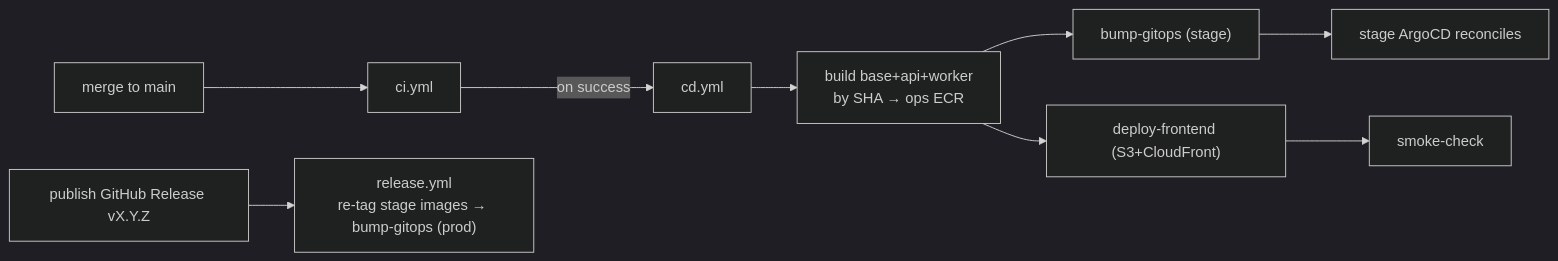
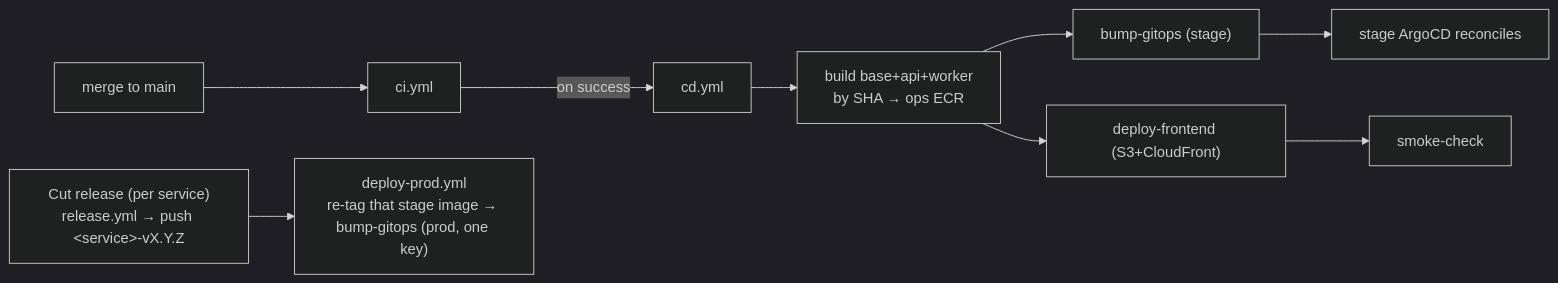
The second of 2 diagrams in docs/INFRASTRUCTURE.md (lahavrud/rs-recruiting-course-app), drawn with Mermaid (dark theme) before and after one commit. The commit also changed 19 other files, not shown here.

First line of the commit message:
feat(ci): per-service prod releases via prefixed tags

````diff
--- a/docs/INFRASTRUCTURE.md
+++ b/docs/INFRASTRUCTURE.md
@@ -138,9 +138,9 @@
 ```mermaid
 flowchart LR
   PR["merge to main"] --> CI["ci.yml"]
   CI -->|"on success"| CD["cd.yml"]
   CD --> BUILD["build base+api+worker<br/>by SHA → ops ECR"]
   BUILD --> BUMP["bump-gitops (stage)"] --> ARGO["stage ArgoCD reconciles"]
   BUILD --> FE["deploy-frontend (S3+CloudFront)"] --> SMOKE["smoke-check"]
-  REL["publish GitHub Release vX.Y.Z"] --> RELWF["release.yml<br/>re-tag stage images → bump-gitops (prod)"]
+  REL["Cut release (per service)<br/>release.yml → push &lt;service&gt;-vX.Y.Z"] --> RELWF["deploy-prod.yml<br/>re-tag that stage image → bump-gitops (prod, one key)"]
 ```
````
